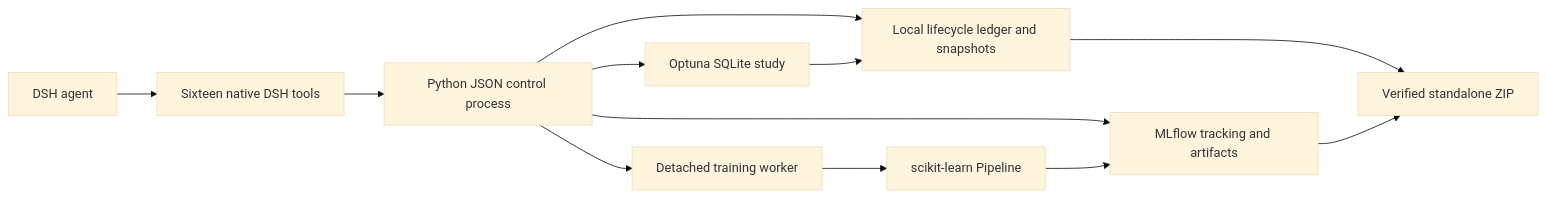
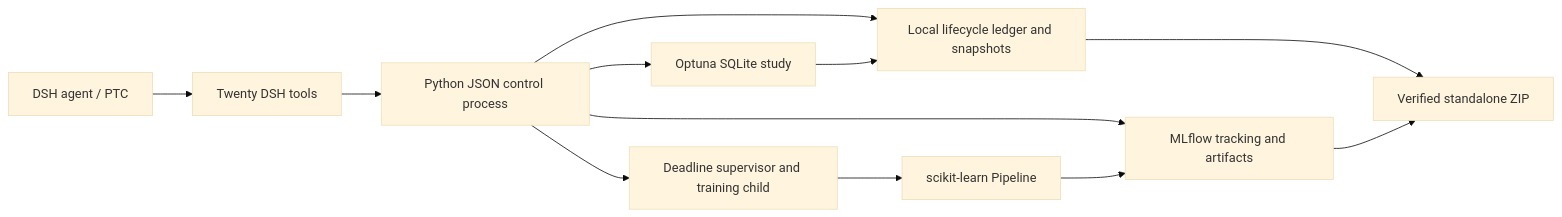
The first of 2 diagrams in docs/ARCHITECTURE.md (shinerain1/dsh-ml-workbench), drawn with Mermaid (base theme) before and after one commit. The commit also changed other lines of this file and 54 other files, not shown here.

````diff
--- a/docs/ARCHITECTURE.md
+++ b/docs/ARCHITECTURE.md
@@ -5,14 +5,14 @@
 ```mermaid
 flowchart LR
-    A[DSH agent] --> B[Sixteen native DSH tools]
+    A[DSH agent / PTC] --> B[Twenty DSH tools]
     B --> C[Python JSON control process]
     C --> D[MLflow tracking and artifacts]
     C --> E[Local lifecycle ledger and snapshots]
-    C --> F[Detached training worker]
+    C --> F[Deadline supervisor and training child]
     F --> G[scikit-learn Pipeline]
     G --> D
     E --> H[Verified standalone ZIP]
     D --> H
     C --> I[Optuna SQLite study]
     I --> E
 ```
````
